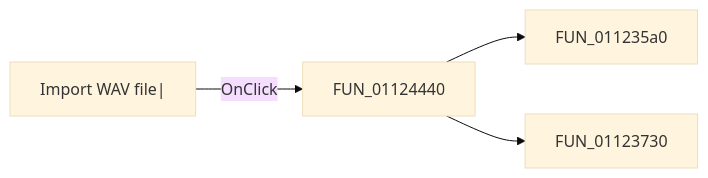
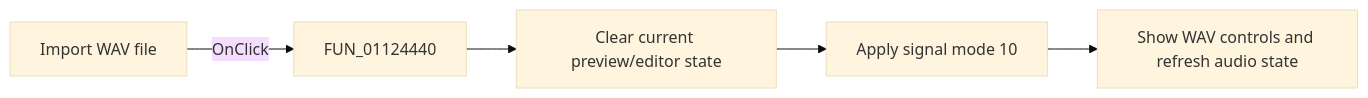
The diagram in docs/ui-controls/signaleditordlg/sbtnwav-3aa17804c7.md (MovGP0/TIARA), drawn with Mermaid (base theme) before and after one commit. The commit also changed other lines of this file and 1062 other files, not shown here.

````diff
--- a/docs/ui-controls/signaleditordlg/sbtnwav-3aa17804c7.md
+++ b/docs/ui-controls/signaleditordlg/sbtnwav-3aa17804c7.md
@@ -27,6 +32,7 @@
 ```mermaid
 flowchart LR
-    control["Import WAV file|"] -->|OnClick| handler["FUN_01124440"]
-    handler --> call1["FUN_011235a0"]
-    handler --> call2["FUN_01123730"]
+    control["Import WAV file"] -->|"OnClick"| handler["FUN_01124440"]
+    handler --> clear["Clear current preview/editor state"]
+    clear --> select["Apply signal mode 10"]
+    select --> sound["Show WAV controls and refresh audio state"]
 ```
````
